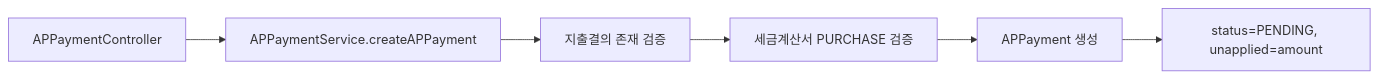
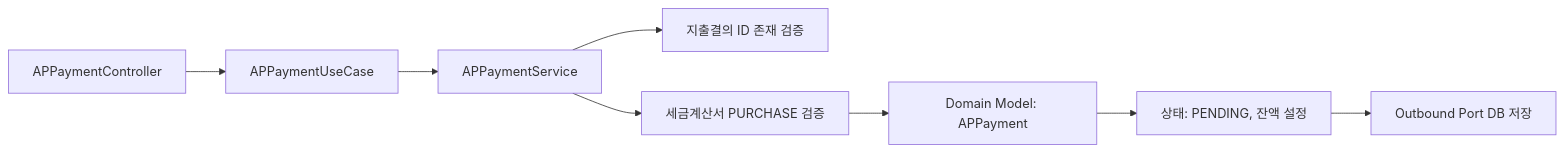
Before and after one commit to skyg547/account: the third of 3 diagrams in expenditure-resolution/docs/process-flow.md, drawn with Mermaid. The commit also changed other lines of this file and 94 other files, not shown here.

````diff
--- a/expenditure-resolution/docs/process-flow.md
+++ b/expenditure-resolution/docs/process-flow.md
@@ -76,8 +46,10 @@
 ```mermaid
 flowchart LR
-    A[APPaymentController] --> B[APPaymentService.createAPPayment]
-    B --> C[지출결의 존재 검증]
-    C --> D[세금계산서 PURCHASE 검증]
-    D --> E[APPayment 생성]
-    E --> F[status=PENDING, unapplied=amount]
+    A[APPaymentController] --> B[APPaymentUseCase]
+    B --> C[APPaymentService]
+    C --> D[지출결의 ID 존재 검증]
+    C --> E[세금계산서 PURCHASE 검증]
+    E --> F[Domain Model: APPayment]
+    F --> G[상태: PENDING, 잔액 설정]
+    G --> H[Outbound Port DB 저장]
 ```
````
